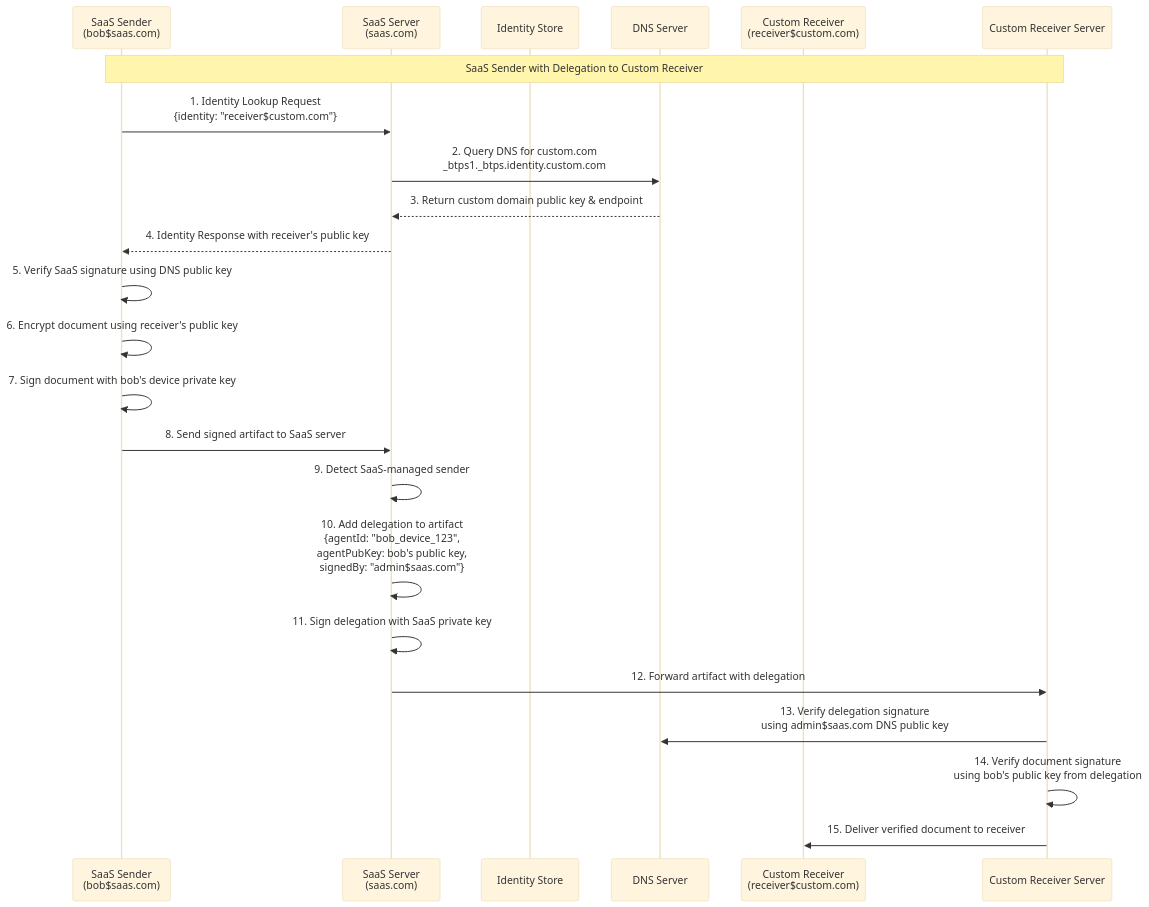
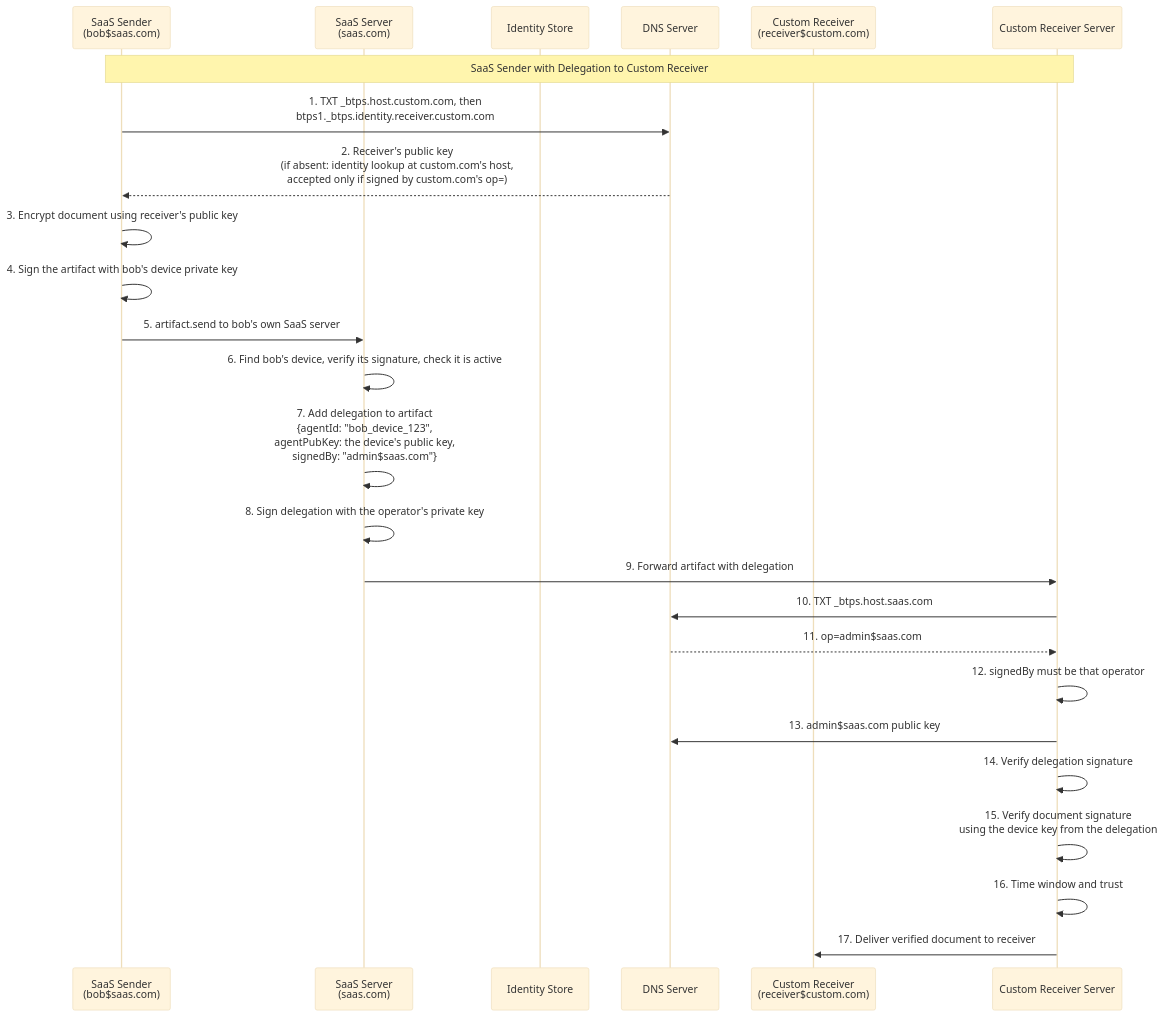
Before and after one commit to openbtps/btps-node: the second of 3 diagrams in docs/docusaurus/docs/protocol/identityRecord.md, drawn with Mermaid (base theme). The commit also changed other lines of this file and 26 other files, not shown here.

First line of the commit message:
Docs: bring every diagram in line with 1.1

````diff
--- a/docs/docusaurus/docs/protocol/identityRecord.md
+++ b/docs/docusaurus/docs/protocol/identityRecord.md
@@ -78,30 +84,32 @@
 ```mermaid
 sequenceDiagram
     participant SA as SaaS Sender<br/>(bob$saas.com)
     participant SS as SaaS Server<br/>(saas.com)
     participant IS as Identity Store
     participant DNS as DNS Server
     participant CR as Custom Receiver<br/>(receiver$custom.com)
     participant CRS as Custom Receiver Server
 
     Note over SA,CRS: SaaS Sender with Delegation to Custom Receiver
 
-    SA->>SS: 1. Identity Lookup Request<br/>{identity: "receiver$custom.com"}
-    SS->>DNS: 2. Query DNS for custom.com<br/>_btps1._btps.identity.custom.com
-    DNS-->>SS: 3. Return custom domain public key & endpoint
-    SS-->>SA: 4. Identity Response with receiver's public key
+    SA->>DNS: 1. TXT _btps.host.custom.com, then<br/>btps1._btps.identity.receiver.custom.com
+    DNS-->>SA: 2. Receiver's public key<br/>(if absent: identity lookup at custom.com's host,<br/>accepted only if signed by custom.com's op=)
 
-    SA->>SA: 5. Verify SaaS signature using DNS public key
-    SA->>SA: 6. Encrypt document using receiver's public key
-    SA->>SA: 7. Sign document with bob's device private key
-    SA->>SS: 8. Send signed artifact to SaaS server
+    SA->>SA: 3. Encrypt document using receiver's public key
+    SA->>SA: 4. Sign the artifact with bob's device private key
+    SA->>SS: 5. artifact.send to bob's own SaaS server
 
-    SS->>SS: 9. Detect SaaS-managed sender
-    SS->>SS: 10. Add delegation to artifact<br/>{agentId: "bob_device_123",<br/>agentPubKey: bob's public key,<br/>signedBy: "admin$saas.com"}
-    SS->>SS: 11. Sign delegation with SaaS private key
-    SS->>CRS: 12. Forward artifact with delegation
+    SS->>SS: 6. Find bob's device, verify its signature, check it is active
+    SS->>SS: 7. Add delegation to artifact<br/>{agentId: "bob_device_123",<br/>agentPubKey: the device's public key,<br/>signedBy: "admin$saas.com"}
+    SS->>SS: 8. Sign delegation with the operator's private key
+    SS->>CRS: 9. Forward artifact with delegation
 
-    CRS->>DNS: 13. Verify delegation signature<br/>using admin$saas.com DNS public key
-    CRS->>CRS: 14. Verify document signature<br/>using bob's public key from delegation
-    CRS->>CR: 15. Deliver verified document to receiver
+    CRS->>DNS: 10. TXT _btps.host.saas.com
+    DNS-->>CRS: 11. op=admin$saas.com
+    CRS->>CRS: 12. signedBy must be that operator
+    CRS->>DNS: 13. admin$saas.com public key
+    CRS->>CRS: 14. Verify delegation signature
+    CRS->>CRS: 15. Verify document signature<br/>using the device key from the delegation
+    CRS->>CRS: 16. Time window and trust
+    CRS->>CR: 17. Deliver verified document to receiver
 ```
````
